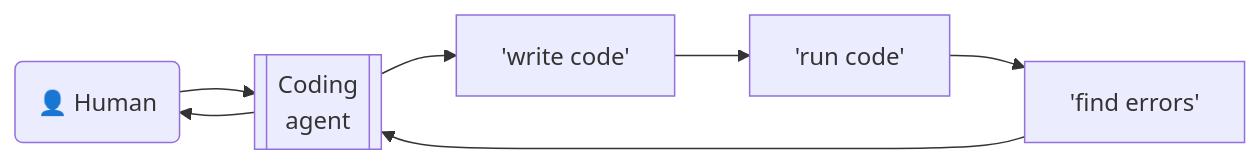
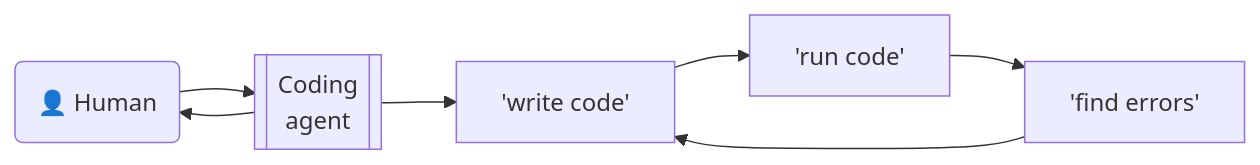
Before and after one commit to bfanson/2026_Workshops: the fourth of 5 diagrams in module1.qmd, drawn with Mermaid. The commit also changed other lines of this file and 9 other files, not shown here.

````diff
--- a/module1.qmd
+++ b/module1.qmd
@@ -204,17 +205,17 @@
 ```{mermaid}
 %%| label: fig-agent
 %%| fig-cap: Iteration
 
 graph LR
 
     H("👤 Human")
     AI[["Coding<br> agent"]]
     
     H --> AI
     AI --> H
     AI --> W['write code']
     W --> R['run code']
     R --> E['find errors']
-    E --> AI
+    E --> W
 
 ```
````
